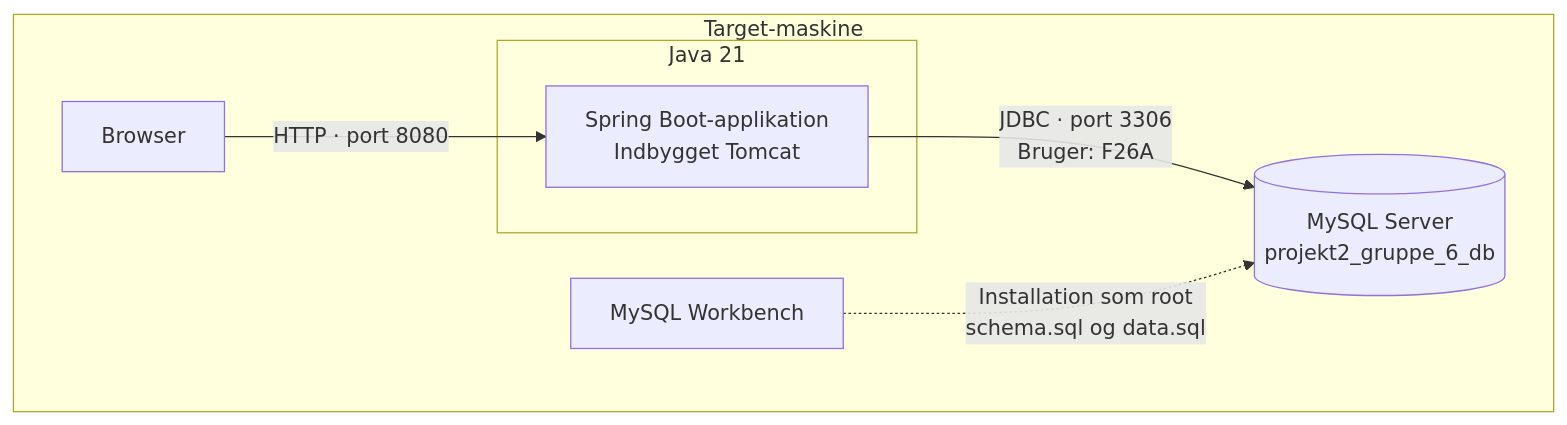
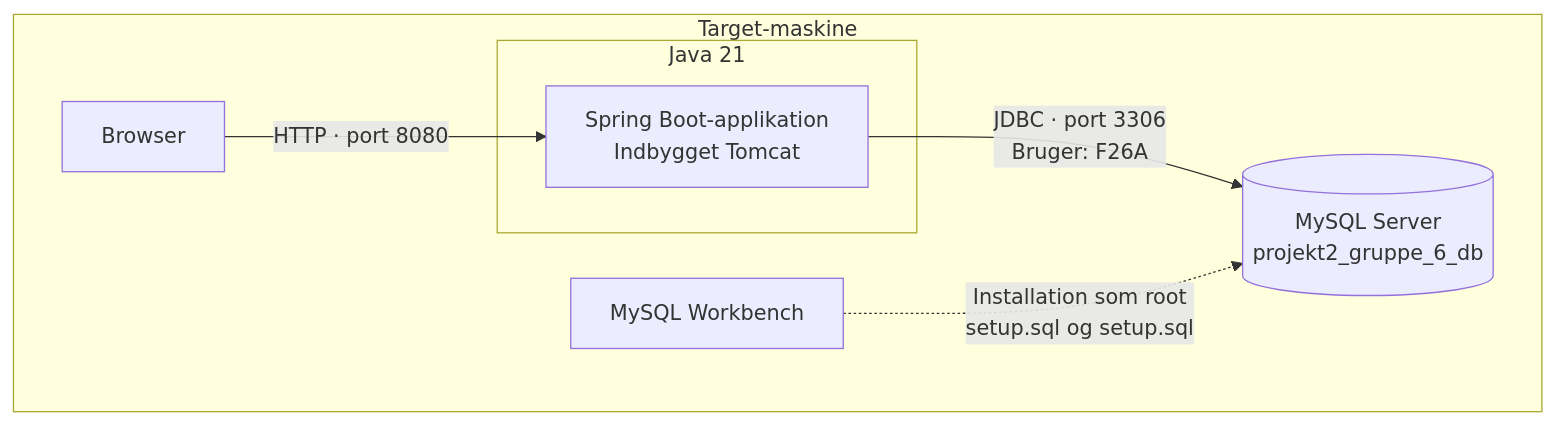
The fourth of 4 diagrams in docs/diagrammer.md (alagami-ux/Projekt2_Gruppe_6), drawn with Mermaid before and after one commit.

Commit message:
docs: ret SQL-filhenvisninger

````diff
--- a/docs/diagrammer.md
+++ b/docs/diagrammer.md
@@ -112,14 +112,14 @@
 ```mermaid
 flowchart TB
     subgraph Target["Target-maskine"]
         Browser["Browser"]
         subgraph Java["Java 21"]
             App["Spring Boot-applikation<br/>Indbygget Tomcat"]
         end
         DB[("MySQL Server<br/>projekt2_gruppe_6_db")]
         Workbench["MySQL Workbench"]
         Browser -->|"HTTP · port 8080"| App
         App -->|"JDBC · port 3306<br/>Bruger: F26A"| DB
-        Workbench -.->|"Installation som root<br/>schema.sql og data.sql"| DB
+        Workbench -.->|"Installation som root<br/>setup.sql og setup.sql"| DB
     end
 ```
````
